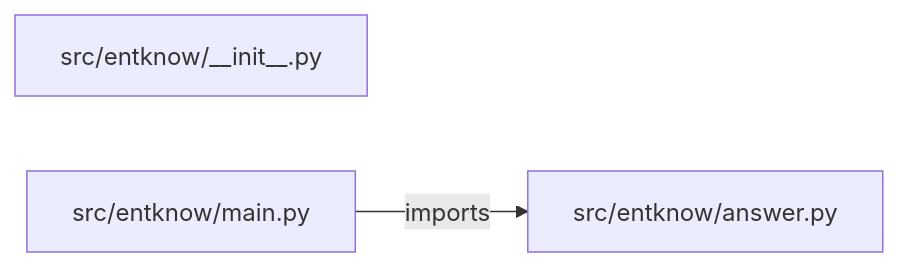
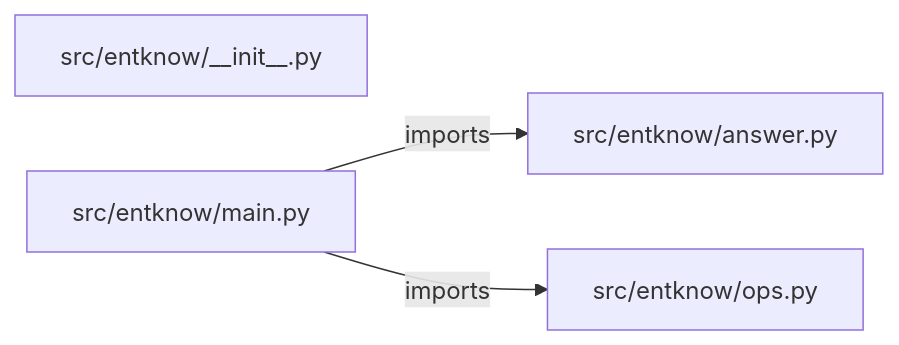
Before and after one commit to iarsingh/enterprise-ai-knowledge-platform: the diagram in PROJECT_ARCHITECTURE.md, drawn with Mermaid. The commit also changed other lines of this file and 2 other files, not shown here.

Commit message:
Refresh architecture and interview guides from current implementation

````diff
--- a/PROJECT_ARCHITECTURE.md
+++ b/PROJECT_ARCHITECTURE.md
@@ -13,7 +13,9 @@
 ```mermaid
 flowchart LR
     M0["src/entknow/__init__.py"]
     M1["src/entknow/answer.py"]
     M2["src/entknow/main.py"]
+    M3["src/entknow/ops.py"]
     M2 -->|imports| M1
+    M2 -->|imports| M3
 ```
````
